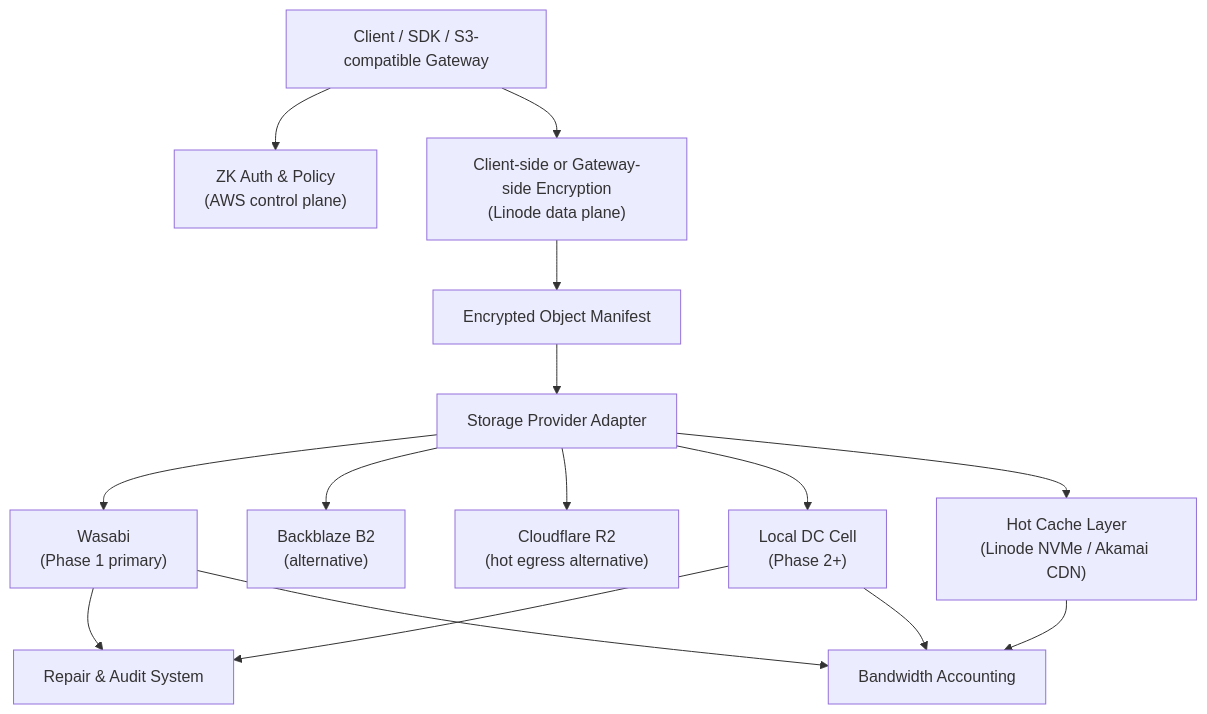
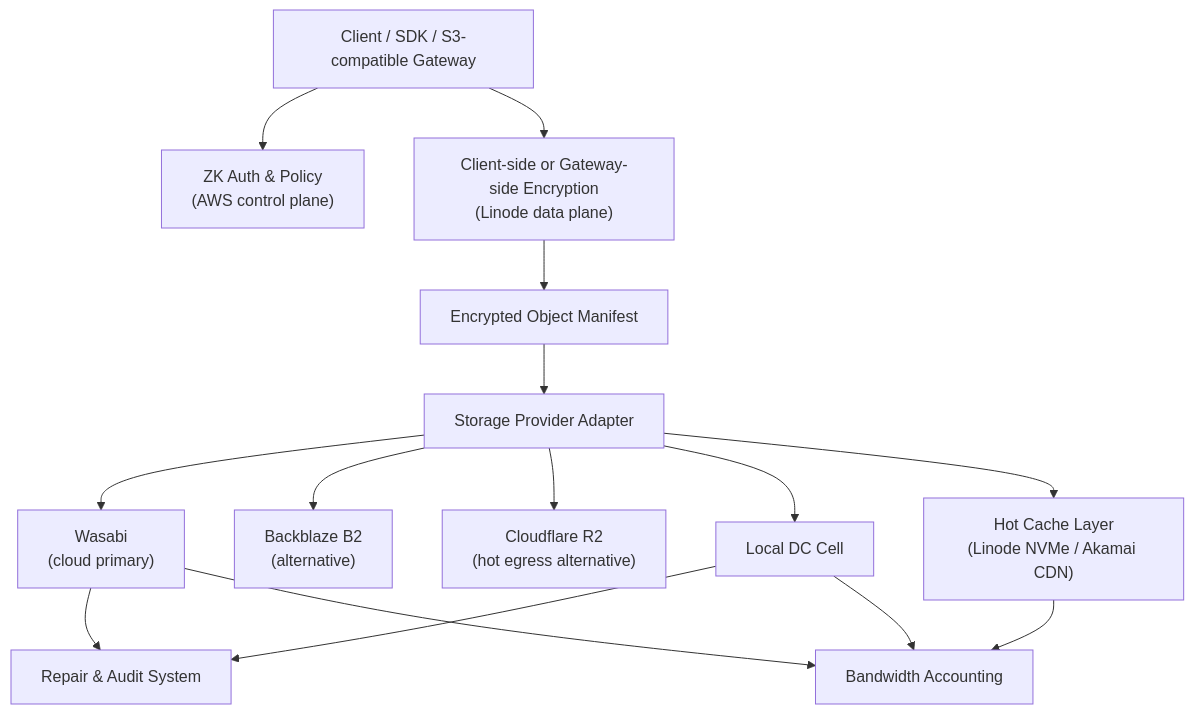
The diagram in README.md (kennguy3n/zk-object-fabric), drawn with Mermaid before and after one commit. The commit also changed other lines of this file and 169 other files, not shown here.

````diff
--- a/README.md
+++ b/README.md
@@ -146,30 +149,30 @@
 ```mermaid
 flowchart TD
     Client["Client / SDK / S3-compatible Gateway"]
     Auth["ZK Auth &amp; Policy<br/>(AWS control plane)"]
     Enc["Client-side or Gateway-side Encryption<br/>(Linode data plane)"]
     Manifest["Encrypted Object Manifest"]
     Adapter["Storage Provider Adapter"]
-    Wasabi["Wasabi<br/>(Phase 1 primary)"]
+    Wasabi["Wasabi<br/>(cloud primary)"]
     B2["Backblaze B2<br/>(alternative)"]
     R2["Cloudflare R2<br/>(hot egress alternative)"]
-    Local["Local DC Cell<br/>(Phase 2+)"]
+    Local["Local DC Cell"]
     Cache["Hot Cache Layer<br/>(Linode NVMe / Akamai CDN)"]
     Repair["Repair &amp; Audit System"]
     Bw["Bandwidth Accounting"]
 
     Client --> Auth
     Client --> Enc
     Enc --> Manifest
     Manifest --> Adapter
     Adapter --> Wasabi
     Adapter --> B2
     Adapter --> R2
     Adapter --> Local
     Adapter --> Cache
     Cache --> Bw
     Wasabi --> Repair
     Local --> Repair
     Wasabi --> Bw
     Local --> Bw
 ```
````
